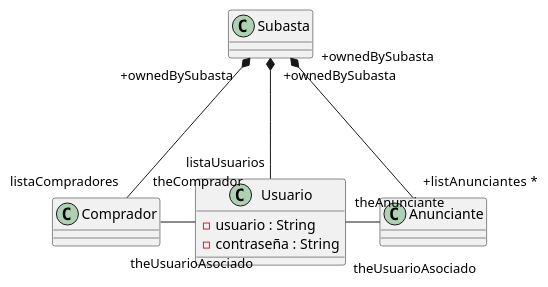
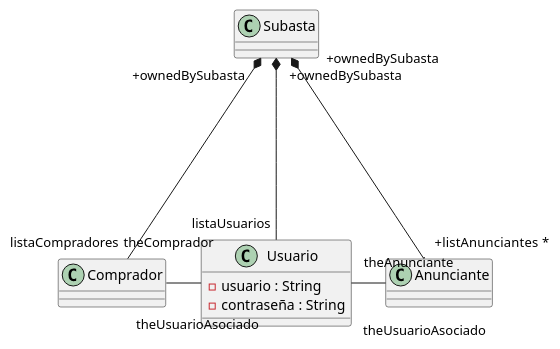
Before and after one commit to londgav01S/Subasta: the diagram in src/main/UML/RegistroYAutenticacion.puml, drawn with PlantUML. The commit also changed 14 other files, not shown here.

```diff
--- a/src/main/UML/RegistroYAutenticacion.puml
+++ b/src/main/UML/RegistroYAutenticacion.puml
@@ -1,30 +1,30 @@
 @startuml
 'https://plantuml.com/class-diagram
 
 
 Class Subasta {
 }
 
 Class Anunciante{}
 
 Class Usuario{
     -usuario : String
     -contraseña : String
 }
 
 Class Comprador{}
 
-Subasta "+ownedBySubasta" *--- "listaUsuarios" Usuario
+Subasta "+ownedBySubasta" *---- "listaUsuarios" Usuario
 
-Usuario "theUsuarioAsociado"  -----left----- "theComprador"  Comprador
+Usuario "theUsuarioAsociado"  -left- "       theComprador"  Comprador
 
-Subasta "+ownedBySubasta  " *--- "+listAnunciantes  *" Anunciante
+Subasta "+ownedBySubasta  " *---- "+listAnunciantes  *" Anunciante
 
-Subasta "+ownedBySubasta" *--- "listaCompradores" Comprador
+Subasta "+ownedBySubasta" *---- "listaCompradores" Comprador
 
-Usuario "theUsuarioAsociado" -----right----- "theAnunciante"  Anunciante
+Usuario " theUsuarioAsociado" -right- " theAnunciante"  Anunciante
 
 
 
 
 @enduml
```
